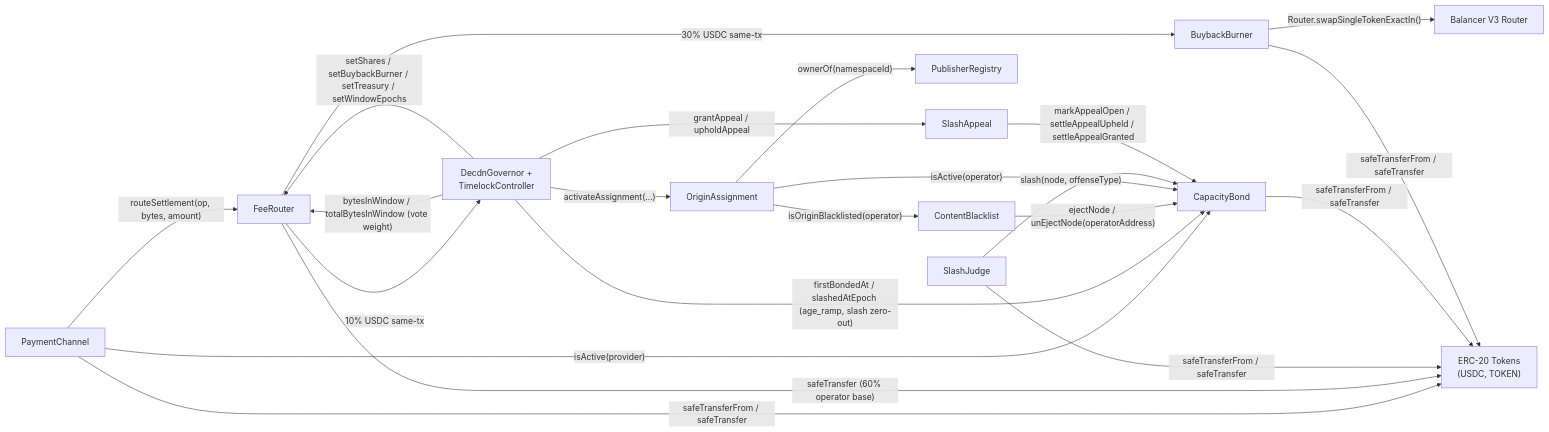
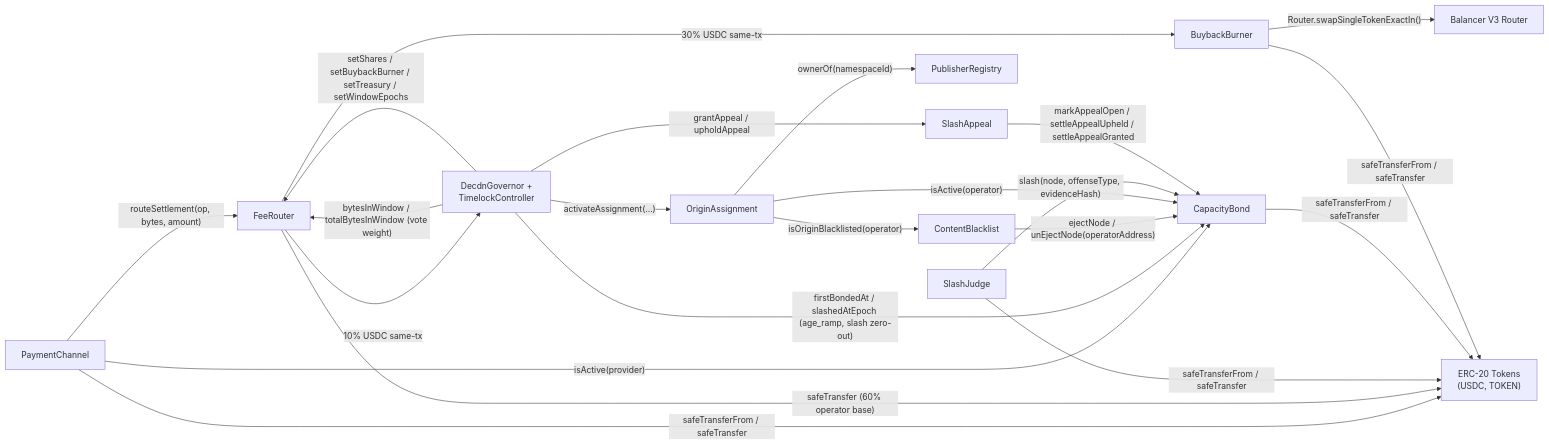
The third of 5 diagrams in adr/016-contract-interactions.md (decdn/decdn), drawn with Mermaid before and after one commit. The commit also changed other lines of this file, not shown here.

First line of the commit message:
docs(adr-016): document on-chain enumeration views + slash evidenceHash (#1501)

````diff
--- a/adr/016-contract-interactions.md
+++ b/adr/016-contract-interactions.md
@@ -374,37 +376,37 @@
 ```mermaid
 graph LR
     SPC["PaymentChannel"]
     CBOND["CapacityBond"]
     CB["ContentBlacklist"]
     PR["PublisherRegistry"]
     OA["OriginAssignment"]
     SJ["SlashJudge"]
     BB["BuybackBurner"]
     FR["FeeRouter"]
     SA["SlashAppeal"]
     GOV["DecdnGovernor +<br/>TimelockController"]
     ERC["ERC-20 Tokens<br/>(USDC, TOKEN)"]
     BAL["Balancer V3 Router"]
 
     SPC -->|"isActive(provider)"| CBOND
     SPC -->|"safeTransferFrom / safeTransfer"| ERC
     SPC -->|"routeSettlement(op, bytes, amount)"| FR
     FR -->|"30% USDC same-tx"| BB
     FR -->|"10% USDC same-tx"| GOV
     FR -->|"safeTransfer (60% operator base)"| ERC
     GOV -->|"bytesInWindow / totalBytesInWindow (vote weight)"| FR
     GOV -->|"firstBondedAt / slashedAtEpoch (age_ramp, slash zero-out)"| CBOND
     GOV -->|"grantAppeal / upholdAppeal"| SA
     GOV -->|"setShares / setBuybackBurner / setTreasury / setWindowEpochs"| FR
     CB -->|"ejectNode / unEjectNode(operatorAddress)"| CBOND
     OA -->|"isActive(operator)"| CBOND
     OA -->|"ownerOf(namespaceId)"| PR
     OA -->|"isOriginBlacklisted(operator)"| CB
     GOV -->|"activateAssignment(...)"| OA
-    SJ -->|"slash(node, offenseType)"| CBOND
+    SJ -->|"slash(node, offenseType, evidenceHash)"| CBOND
     SJ -->|"safeTransferFrom / safeTransfer"| ERC
     CBOND -->|"safeTransferFrom / safeTransfer"| ERC
     SA -->|"markAppealOpen / settleAppealUpheld / settleAppealGranted"| CBOND
     BB -->|"Router.swapSingleTokenExactIn()"| BAL
     BB -->|"safeTransferFrom / safeTransfer"| ERC
 ```
````
